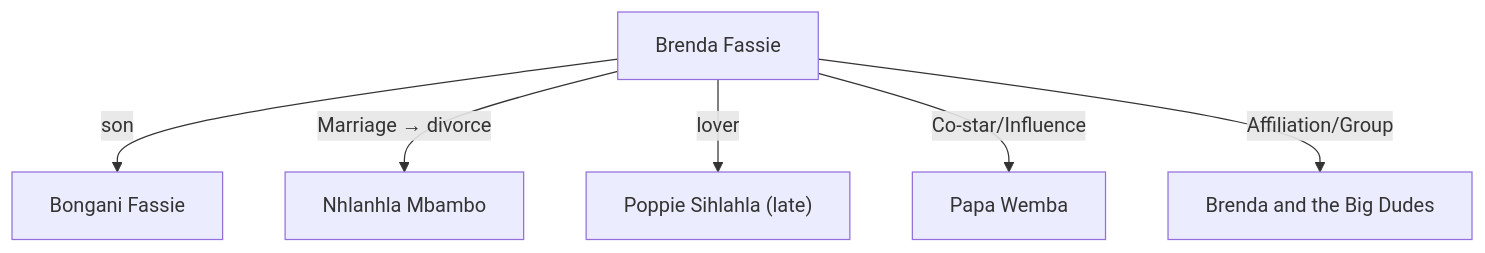
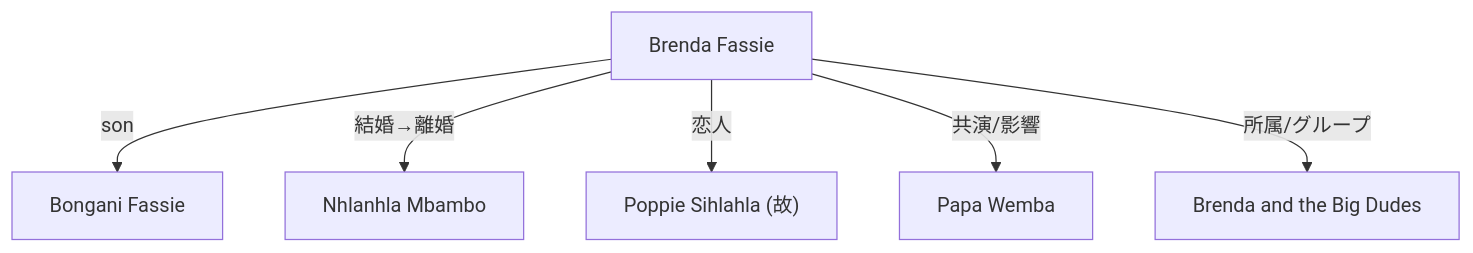
One commit to monumental-movement/monumental-movement.github.io changed the diagram in en/_posts/2025-11-28-column-brenda-fassie.md. Above: the diagram before and after it, drawn with Mermaid. The commit also changed other lines of this file and 2196 other files, not shown here.

```diff
--- a/en/_posts/2025-11-28-column-brenda-fassie.md
+++ b/en/_posts/2025-11-28-column-brenda-fassie.md
@@ -163,8 +163,8 @@
 <div class="mermaid">
 flowchart TB
     Brenda["Brenda Fassie"] -->|"son"| Bongani["Bongani Fassie"]
-    Brenda -->|"Marriage → divorce"| Nhlanhla["Nhlanhla Mbambo"]
-    Brenda -->|"lover"| Poppie["Poppie Sihlahla (late)"]
-    Brenda -->|"Co-star/Influence"| PapaWemba["Papa Wemba"]
-    Brenda -->|"Affiliation/Group"| BigDudes["Brenda and the Big Dudes"]
+    Brenda -->|"結婚→離婚"| Nhlanhla["Nhlanhla Mbambo"]
+    Brenda -->|"恋人"| Poppie["Poppie Sihlahla (故)"]
+    Brenda -->|"共演/影響"| PapaWemba["Papa Wemba"]
+    Brenda -->|"所属/グループ"| BigDudes["Brenda and the Big Dudes"]
 </div>
```
